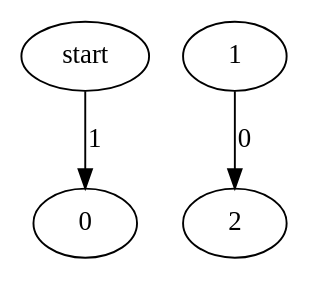
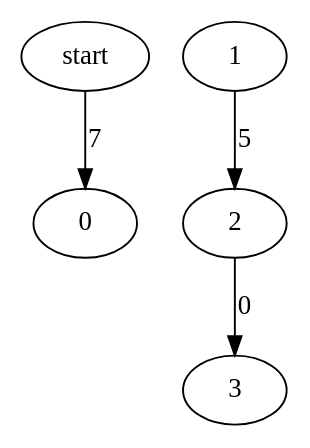
One commit to Zebzab7/Concolic-AStar changed the diagram in graphs/Astar.dot. Above: the diagram before and after it, drawn with Graphviz. The commit also changed 10 other files, not shown here.

```diff
--- a/graphs/Astar.dot
+++ b/graphs/Astar.dot
@@ -1,5 +1,6 @@
 digraph G{ 
- start ->0 [label="1"];
-1->2 [label="0"];
+ start ->0 [label="7"];
+1->2 [label="5"];
+2->3 [label="0"];
 
 }
```
